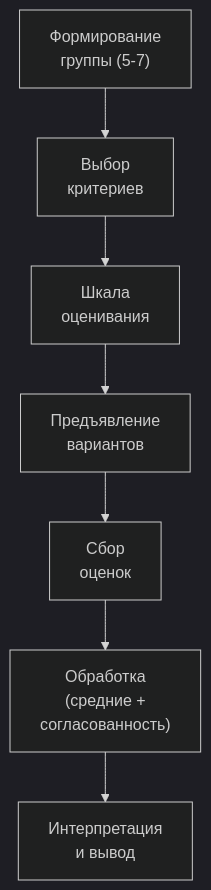
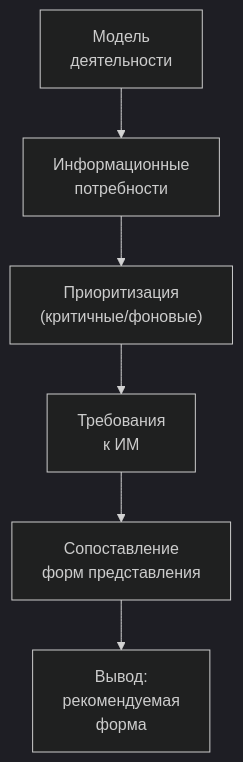
One commit to RedAlexDad/WalkingRobotSim changed the tenth of 19 diagrams in docs/ergonomics-methodology/kr-topic-consultation-report.md. Above: the diagram before and after it, drawn with Mermaid (dark theme). The commit also changed other lines of this file and 1 other file, not shown here.

````diff
--- a/docs/ergonomics-methodology/kr-topic-consultation-report.md
+++ b/docs/ergonomics-methodology/kr-topic-consultation-report.md
@@ -611,9 +617,8 @@
 ```mermaid
 graph TB
-    S1["Формирование<br/>группы (5-7)"] --> S2["Выбор<br/>критериев"]
-    S2 --> S3["Шкала<br/>оценивания"]
-    S3 --> S4["Предъявление<br/>вариантов"]
-    S4 --> S5["Сбор<br/>оценок"]
-    S5 --> S6["Обработка<br/>(средние +<br/>согласованность)"]
-    S6 --> S7["Интерпретация<br/>и вывод"]
+    S1["Модель<br/>деятельности"] --> S2["Информационные<br/>потребности"]
+    S2 --> S3["Приоритизация<br/>(критичные/фоновые)"]
+    S3 --> S4["Требования<br/>к ИМ"]
+    S4 --> S5["Сопоставление<br/>форм представления"]
+    S5 --> S6["Вывод:<br/>рекомендуемая<br/>форма"]
 ```
````
